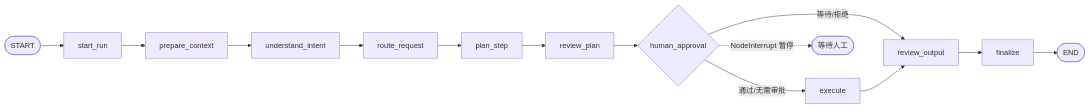
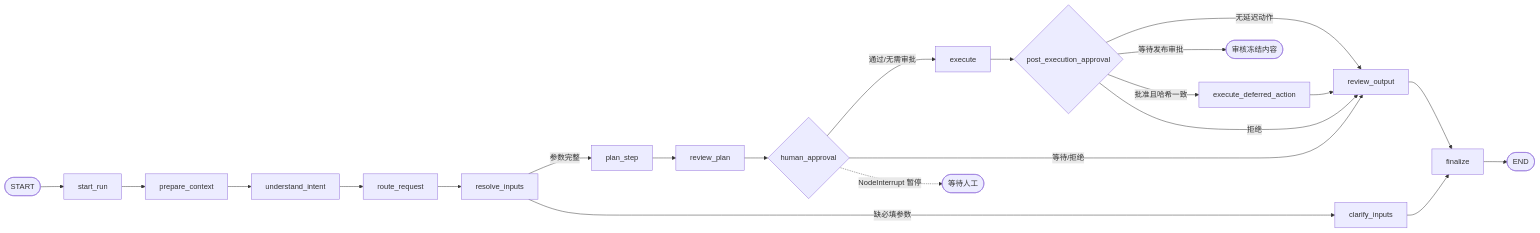
One commit to leo-cai-ai/agentkit changed the second of 4 diagrams in docs/ARCHITECTURE.md. Above: the diagram before and after it, drawn with Mermaid. The commit also changed other lines of this file and 60 other files, not shown here.

````diff
--- a/docs/ARCHITECTURE.md
+++ b/docs/ARCHITECTURE.md
@@ -102,16 +102,24 @@
 ```mermaid
 flowchart LR
   START([START]) --> SR[start_run]
   SR --> PC[prepare_context]
   PC --> UI[understand_intent]
   UI --> RT[route_request]
-  RT --> PL[plan_step]
+  RT --> RI[resolve_inputs]
+  RI -- 参数完整 --> PL[plan_step]
+  RI -- 缺必填参数 --> CI[clarify_inputs]
+  CI --> FIN
   PL --> RP[review_plan]
   RP --> HA{human_approval}
   HA -- 通过/无需审批 --> EX[execute]
   HA -- 等待/拒绝 --> RO[review_output]
   HA -. NodeInterrupt 暂停 .-> PAUSE([等待人工])
-  EX --> RO
+  EX --> PEA{post_execution_approval}
+  PEA -- 无延迟动作 --> RO
+  PEA -- 等待发布审批 --> PAUSE2([审核冻结内容])
+  PEA -- 批准且哈希一致 --> DEA[execute_deferred_action]
+  PEA -- 拒绝 --> RO
+  DEA --> RO
   RO --> FIN[finalize]
   FIN --> END([END])
 ```
````
